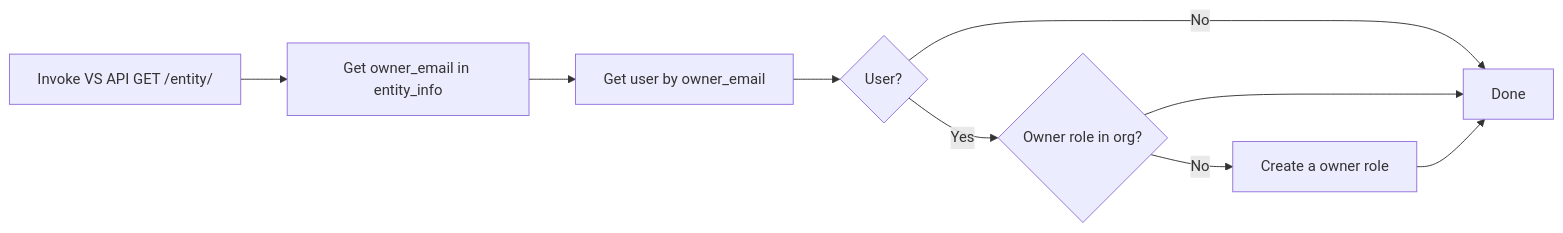
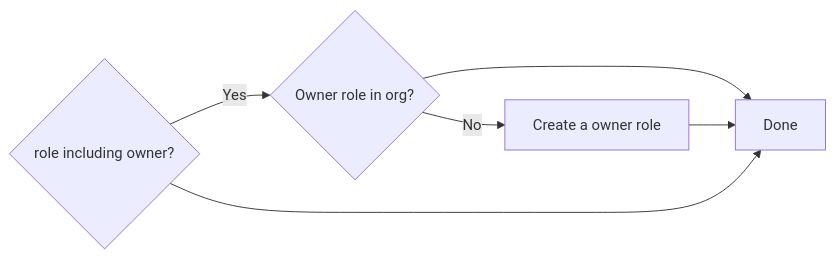
One commit to claire0613/ocelot_docs changed the ninth of 9 diagrams in vs_account.md. Above: the diagram before and after it, drawn with Mermaid. The commit also changed 10 other files, not shown here.

````diff
--- a/vs_account.md
+++ b/vs_account.md
@@ -109,11 +109,9 @@
 ```mermaid
 
 graph LR
 
-    Invoke_get_enity_info[Invoke VS API  GET /entity/<entity_id>] --> Entity_info["Get owner_email in entity_info "]
-    Entity_info --> Get_user[Get user by owner_email ]
-    Get_user --> Check_user{User?} --> |No|Done
-    Check_user --> |Yes|Check_role{Owner role in org?} --> Done
+    Check_user{role including owner?} --> |Yes|Check_role{Owner role in org?} --> Done
+    Check_user--> Done
     Check_role--> |No|role_n["Create a owner role "] --> Done
 
 ```
````
